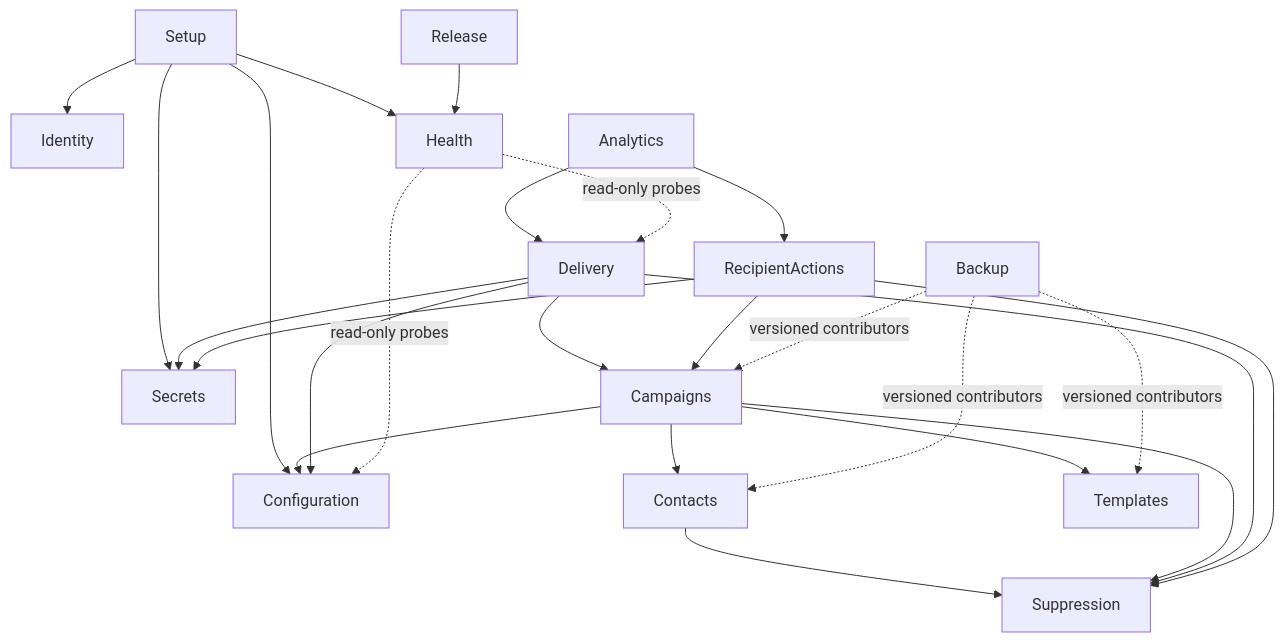
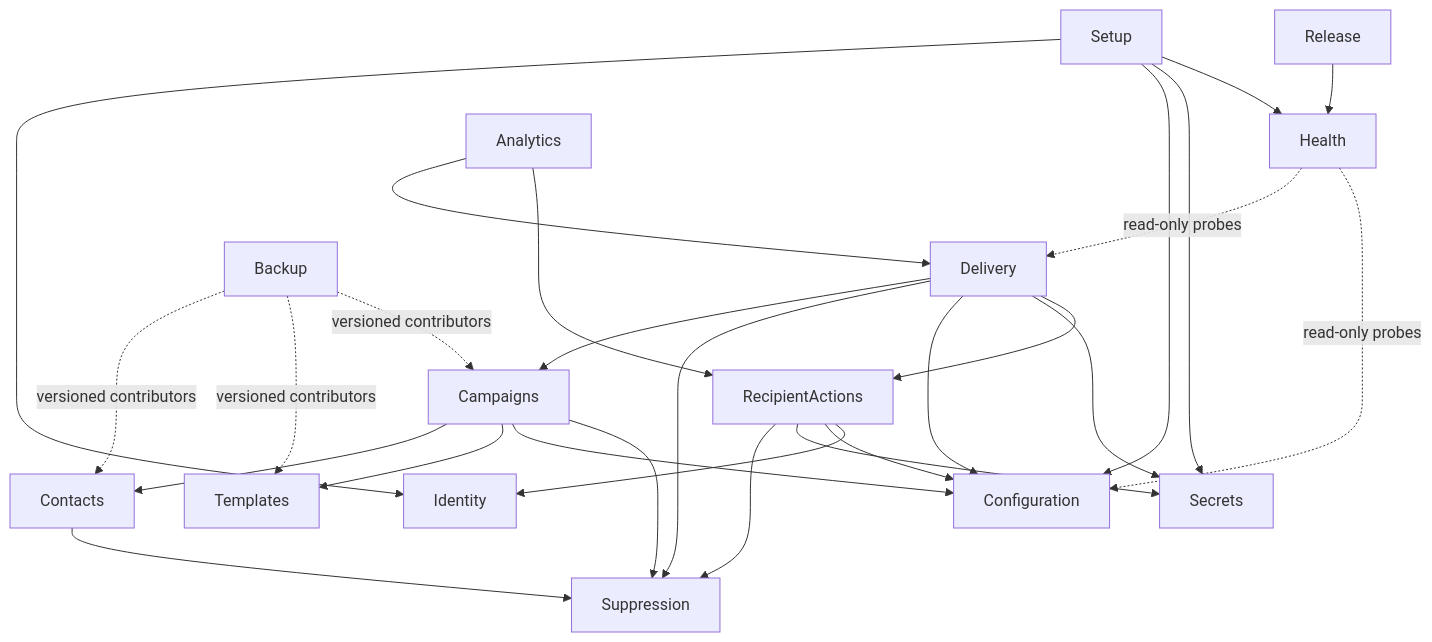
Before and after one commit to Attory/emailer-next: the diagram in docs/module-boundaries.md, drawn with Mermaid. The commit also changed other lines of this file and 53 other files, not shown here.

````diff
--- a/docs/module-boundaries.md
+++ b/docs/module-boundaries.md
@@ -58,27 +58,29 @@
 ```mermaid
 flowchart TD
     Setup --> Identity
     Setup --> Configuration
     Setup --> Secrets
     Setup --> Health
     Contacts --> Suppression
     Campaigns --> Contacts
     Campaigns --> Templates
     Campaigns --> Configuration
     Campaigns --> Suppression
     Delivery --> Campaigns
     Delivery --> Suppression
     Delivery --> Configuration
     Delivery --> Secrets
-    RecipientActions --> Campaigns
+    Delivery --> RecipientActions
     RecipientActions --> Suppression
     RecipientActions --> Secrets
+    RecipientActions --> Configuration
+    RecipientActions --> Identity
     Analytics --> Delivery
     Analytics --> RecipientActions
     Health -. read-only probes .-> Delivery
     Health -. read-only probes .-> Configuration
     Backup -. versioned contributors .-> Contacts
     Backup -. versioned contributors .-> Templates
     Backup -. versioned contributors .-> Campaigns
     Release --> Health
 ```
````
